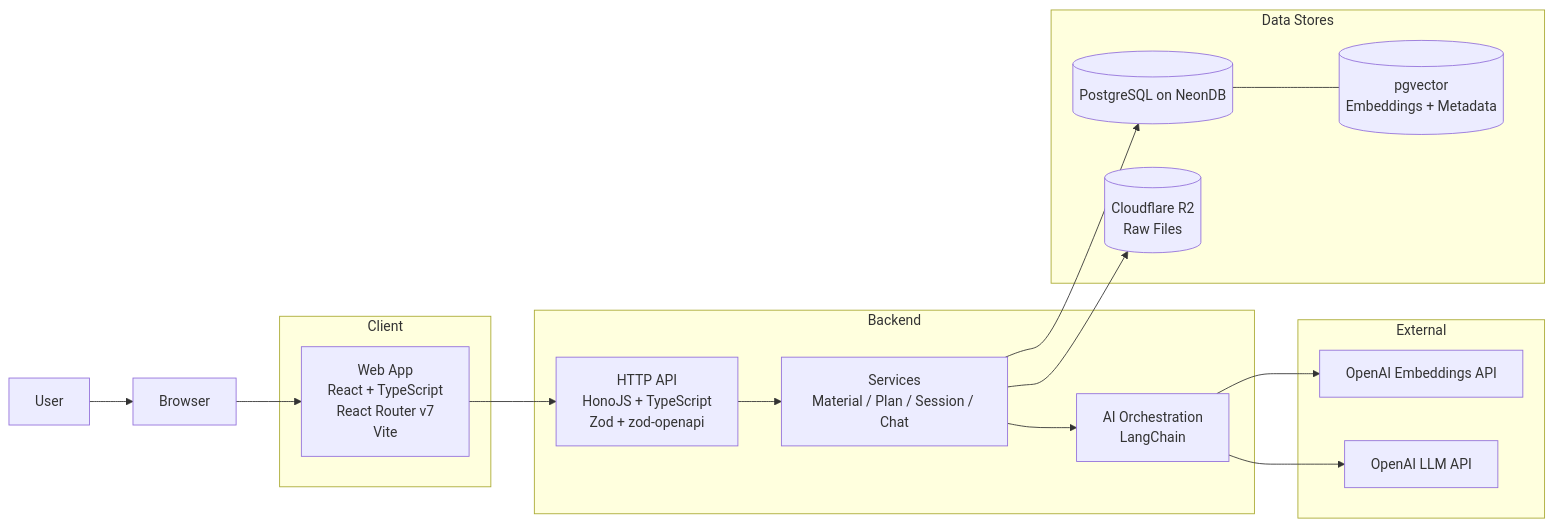
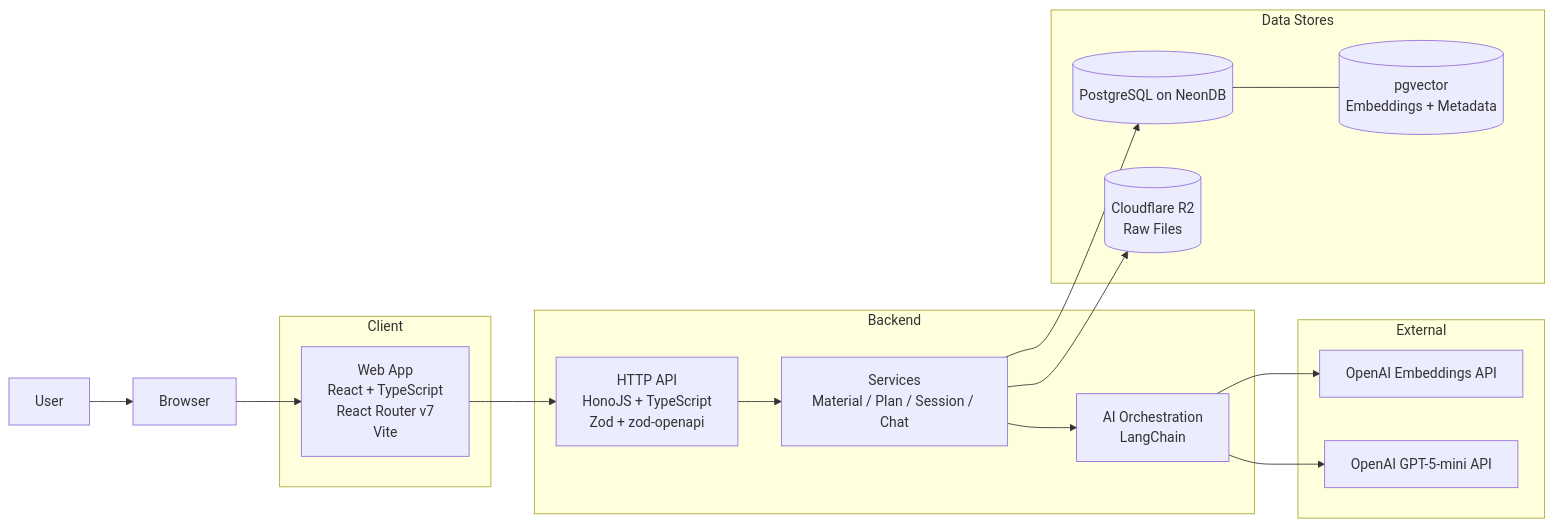
Before and after one commit to qaws7791/turbo-hono-next: the first of 7 diagrams in docs/04-engineering/architecture.md, drawn with Mermaid. The commit also changed other lines of this file and 60 other files, not shown here.

````diff
--- a/docs/04-engineering/architecture.md
+++ b/docs/04-engineering/architecture.md
@@ -32,34 +32,34 @@
 ```mermaid
 flowchart LR
   U[User] --> B[Browser]
 
   subgraph C[Client]
     FE[Web App\nReact + TypeScript\nReact Router v7\nVite]
   end
 
   subgraph S[Backend]
     API[HTTP API\nHonoJS + TypeScript\nZod + zod-openapi]
     SV[Services\nMaterial / Plan / Session / Chat]
     AI[AI Orchestration\nLangChain]
   end
 
   subgraph D[Data Stores]
     DB[(PostgreSQL on NeonDB)]
     VEC[(pgvector\nEmbeddings + Metadata)]
     R2[(Cloudflare R2\nRaw Files)]
   end
 
   subgraph X[External]
     OAIE[OpenAI Embeddings API]
-    OAIL[OpenAI LLM API]
+    OAIL[OpenAI GPT-5-mini API]
   end
 
   B --> FE --> API
   API --> SV
   SV --> DB
   SV --> R2
   SV --> AI
   AI --> OAIE
   AI --> OAIL
   DB --- VEC
 ```
````
